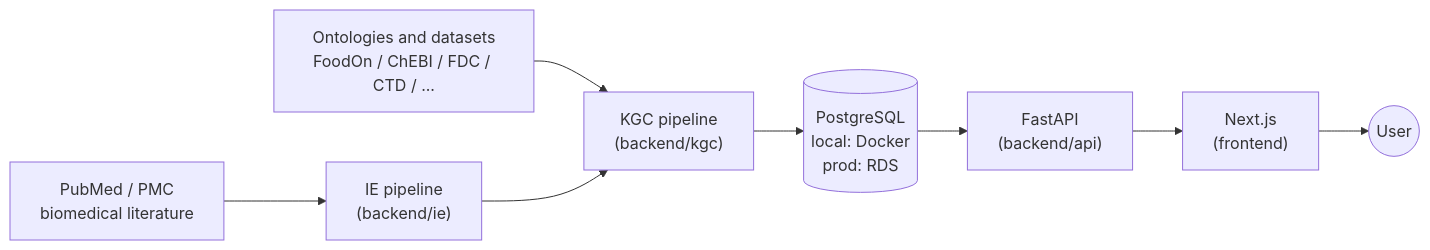
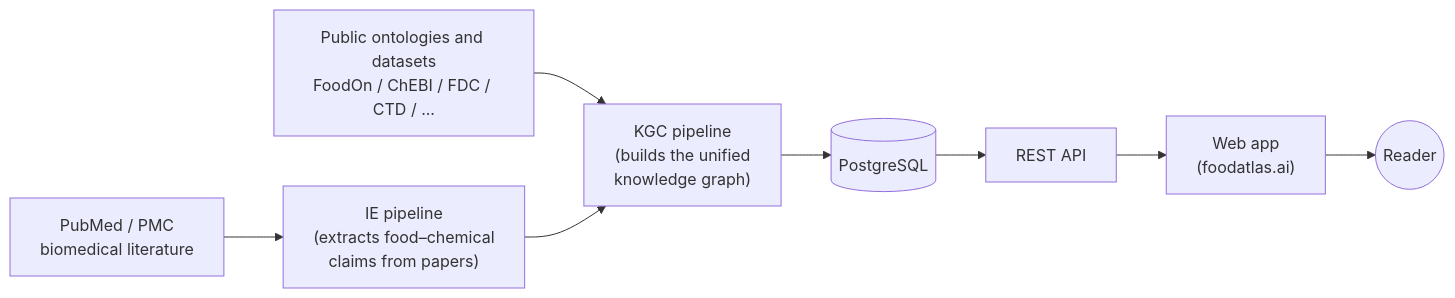
One commit to AI-Institute-Food-Systems/foodatlas changed the diagram in README.md. Above: the diagram before and after it, drawn with Mermaid. The commit also changed other lines of this file and 16 other files, not shown here.

````diff
--- a/README.md
+++ b/README.md
@@ -14,19 +9,19 @@
 ```mermaid
 flowchart LR
     literature["PubMed / PMC<br/>biomedical literature"]
-    ontologies["Ontologies and datasets<br/>FoodOn / ChEBI / FDC / CTD / ..."]
-    ie["IE pipeline<br/>(backend/ie)"]
-    kgc["KGC pipeline<br/>(backend/kgc)"]
-    db[("PostgreSQL<br/>local: Docker<br/>prod: RDS")]
-    api["FastAPI<br/>(backend/api)"]
-    frontend["Next.js<br/>(frontend)"]
-    user(("User"))
+    ontologies["Public ontologies and datasets<br/>FoodOn / ChEBI / FDC / CTD / ..."]
+    ie["IE pipeline<br/>(extracts food–chemical<br/>claims from papers)"]
+    kgc["KGC pipeline<br/>(builds the unified<br/>knowledge graph)"]
+    db[("PostgreSQL")]
+    api["REST API"]
+    frontend["Web app<br/>(foodatlas.ai)"]
+    user(("Reader"))
 
     literature --> ie
     ontologies --> kgc
     ie --> kgc
     kgc --> db
     db --> api
     api --> frontend
     frontend --> user
 ```
````
